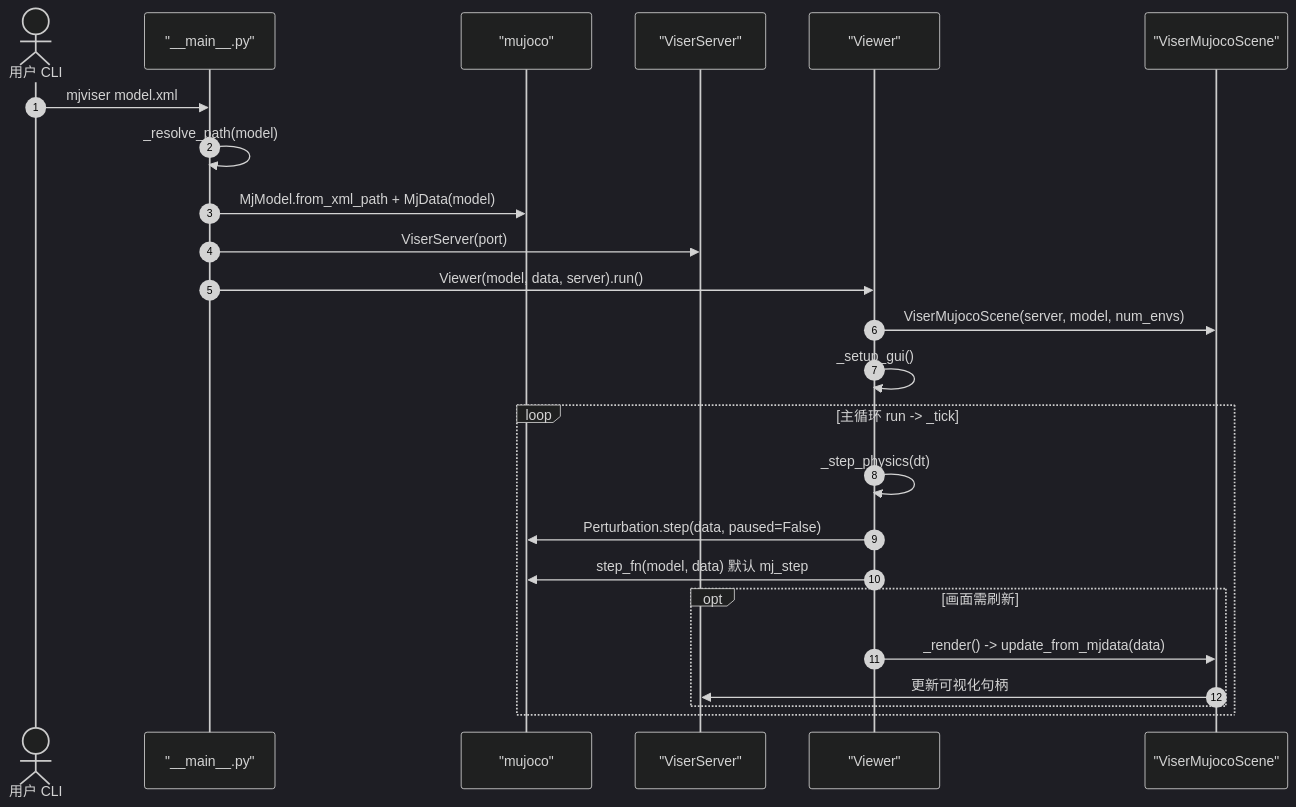
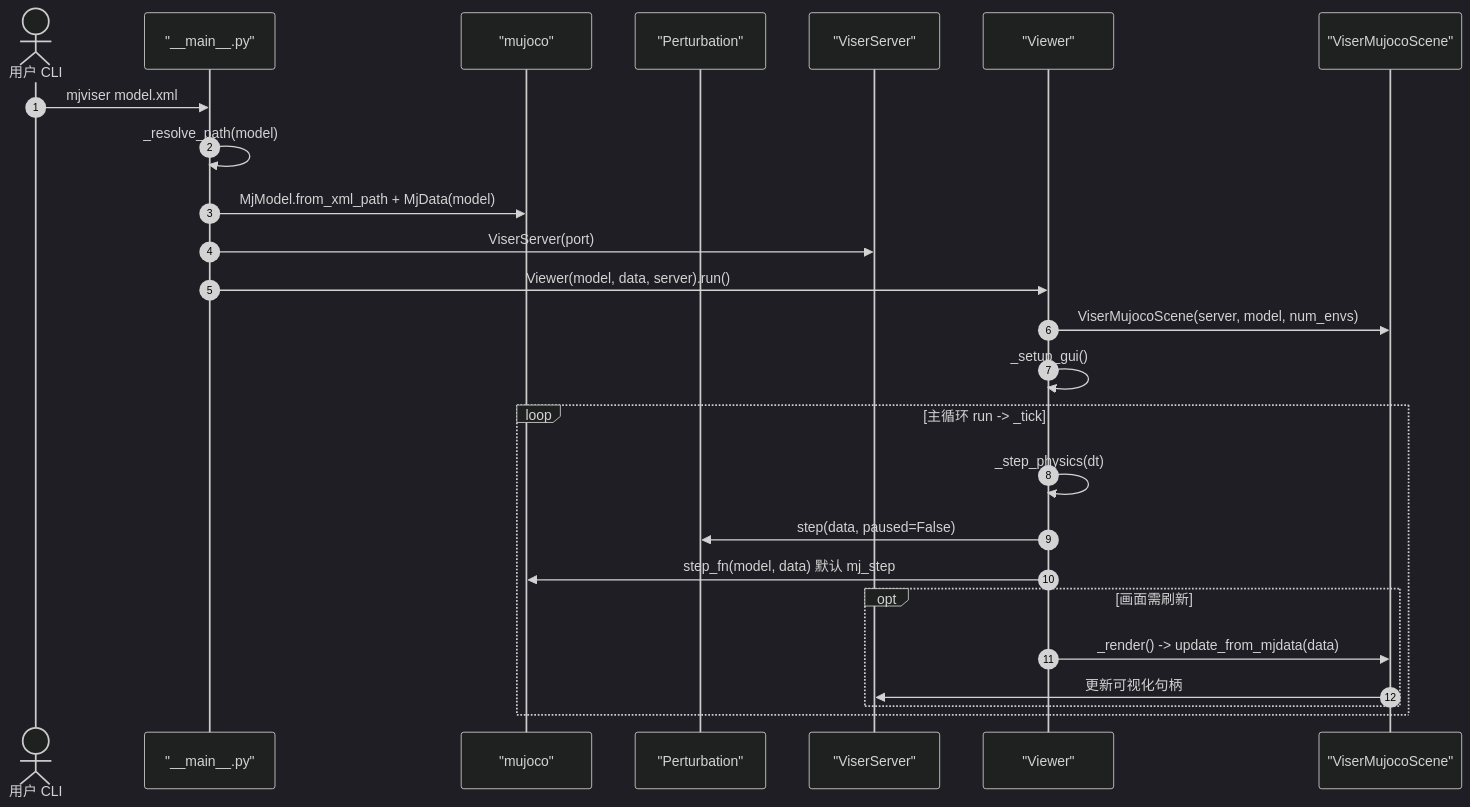
The second of 2 diagrams in wiki/entities/mjviser.md (ImChong/Robotics_Notebooks), drawn with Mermaid (dark theme) before and after one commit.

Commit message:
docs(wiki): 对齐 mjviser 的 Perturbation 运行时参与者

````diff
--- a/wiki/entities/mjviser.md
+++ b/wiki/entities/mjviser.md
@@ -62,26 +62,27 @@
 ```mermaid
 sequenceDiagram
   autonumber
   actor U as 用户 CLI
   participant CLI as "__main__.py"
   participant M as "mujoco"
+  participant P as "Perturbation"
   participant V as "ViserServer"
   participant W as "Viewer"
   participant S as "ViserMujocoScene"
   U->>CLI: mjviser model.xml
   CLI->>CLI: _resolve_path(model)
   CLI->>M: MjModel.from_xml_path + MjData(model)
   CLI->>V: ViserServer(port)
   CLI->>W: Viewer(model, data, server).run()
   W->>S: ViserMujocoScene(server, model, num_envs)
   W->>W: _setup_gui()
   loop 主循环 run -> _tick
     W->>W: _step_physics(dt)
-    W->>M: Perturbation.step(data, paused=False)
+    W->>P: step(data, paused=False)
     W->>M: step_fn(model, data) 默认 mj_step
     opt 画面需刷新
       W->>S: _render() -> update_from_mjdata(data)
       S->>V: 更新可视化句柄
     end
   end
 ```
````
